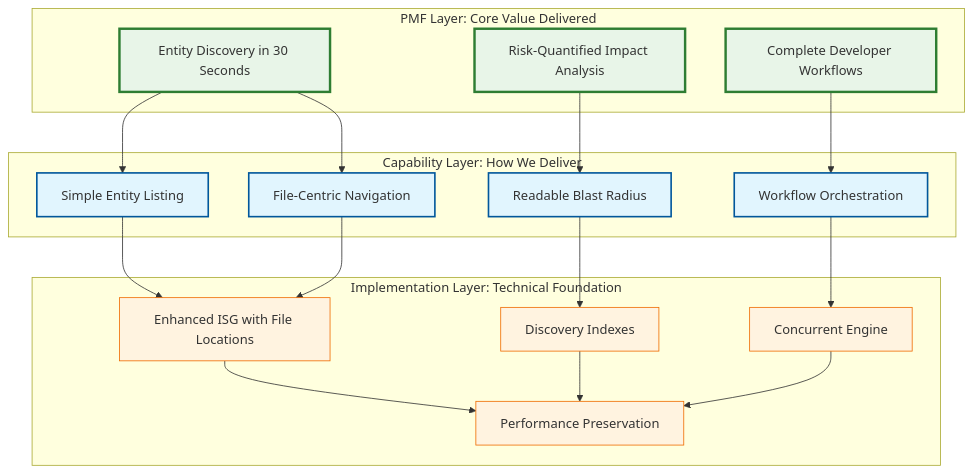
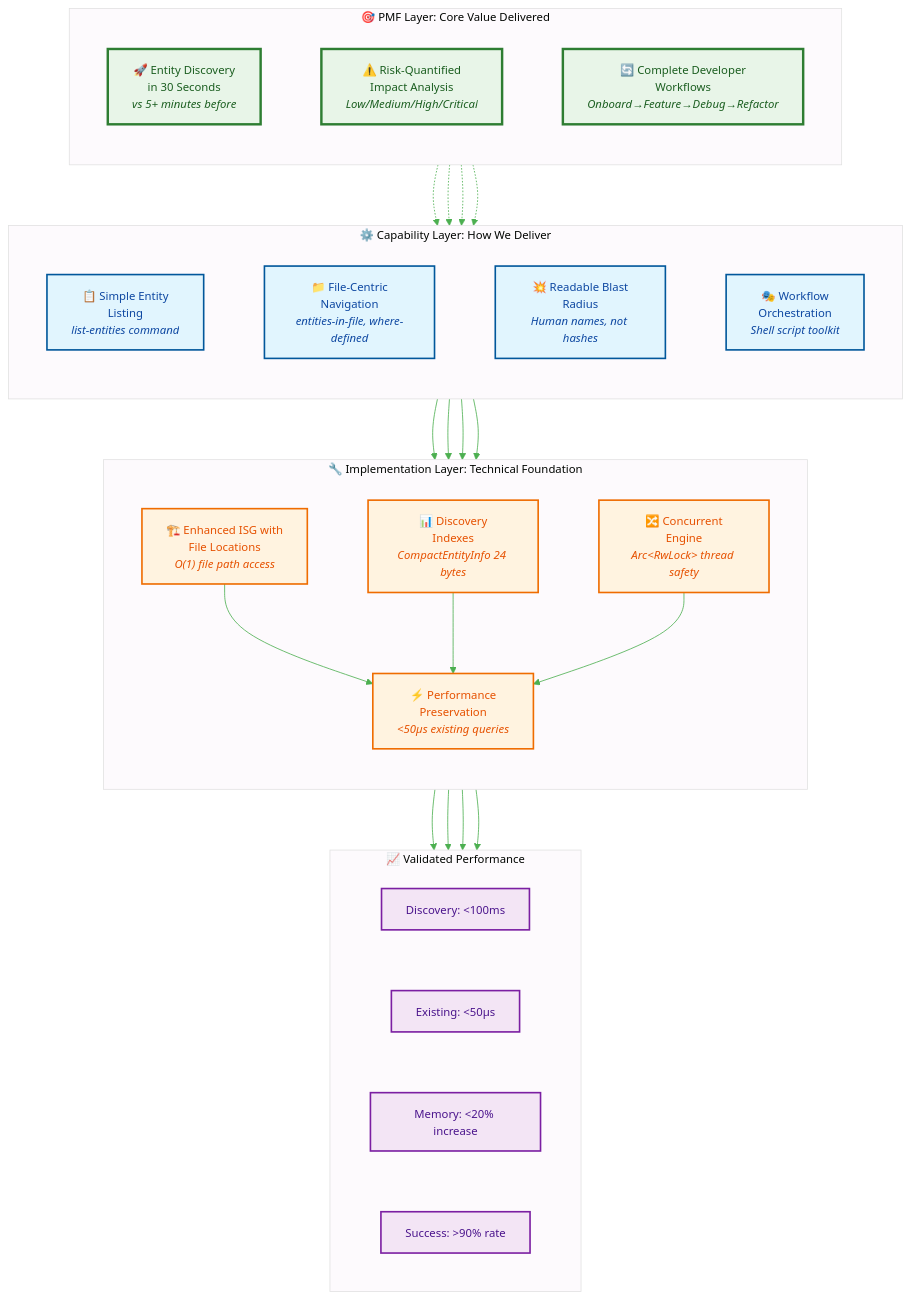
The second of 6 diagrams in README.md (that-in-rust/parseltongue), drawn with Mermaid before and after one commit. The commit also changed other lines of this file and 7 other files, not shown here.

First line of the commit message:
feat: Add comprehensive Mermaid diagrams for amazing documentation

````diff
--- a/README.md
+++ b/README.md
@@ -37,44 +55,71 @@
 ```mermaid
-graph TD
-    subgraph "PMF Layer: Core Value Delivered"
-        A[Entity Discovery in 30 Seconds]
-        B[Risk-Quantified Impact Analysis]
-        C[Complete Developer Workflows]
+%%{init: {'theme':'base', 'themeVariables': {'primaryColor':'#e8f5e8', 'primaryTextColor':'#2e7d32', 'lineColor':'#4caf50', 'fontFamily':'Arial', 'fontSize':'14px'}, 'flowchart': {'nodeSpacing': 75, 'rankSpacing': 75, 'wrappingWidth': 150}}}%%
+flowchart TD
+    %% PMF Layer - What users get
+    subgraph "🎯 PMF Layer: Core Value Delivered"
+        direction TB
+        A["🚀 Entity Discovery<br/>in 30 Seconds<br/><i>vs 5+ minutes before</i>"]
+        B["⚠️ Risk-Quantified<br/>Impact Analysis<br/><i>Low/Medium/High/Critical</i>"]
+        C["🔄 Complete Developer<br/>Workflows<br/><i>Onboard→Feature→Debug→Refactor</i>"]
     end
     
-    subgraph "Capability Layer: How We Deliver"
-        D[Simple Entity Listing]
-        E[File-Centric Navigation]
-        F[Readable Blast Radius]
-        G[Workflow Orchestration]
+    %% Capability Layer - How we deliver
+    subgraph "⚙️ Capability Layer: How We Deliver"
+        direction TB
+        D["📋 Simple Entity<br/>Listing<br/><i>list-entities command</i>"]
+        E["📁 File-Centric<br/>Navigation<br/><i>entities-in-file, where-defined</i>"]
+        F["💥 Readable Blast<br/>Radius<br/><i>Human names, not hashes</i>"]
+        G["🎭 Workflow<br/>Orchestration<br/><i>Shell script toolkit</i>"]
     end
     
-    subgraph "Implementation Layer: Technical Foundation"
-        H[Enhanced ISG with File Locations]
-        I[Discovery Indexes]
-        J[Concurrent Engine]
-        K[Performance Preservation]
+    %% Implementation Layer - Technical foundation
+    subgraph "🔧 Implementation Layer: Technical Foundation"
+        direction TB
+        H["🏗️ Enhanced ISG with<br/>File Locations<br/><i>O(1) file path access</i>"]
+        I["📊 Discovery<br/>Indexes<br/><i>CompactEntityInfo 24 bytes</i>"]
+        J["🔀 Concurrent<br/>Engine<br/><i>Arc&lt;RwLock&gt; thread safety</i>"]
+        K["⚡ Performance<br/>Preservation<br/><i>&lt;50μs existing queries</i>"]
     end
     
-    A --> D
-    A --> E
-    B --> F
-    C --> G
+    %% Value flow connections
+    A -.-> D
+    A -.-> E
+    B -.-> F
+    C -.-> G
     
+    %% Implementation connections
     D --> H
     E --> H
     F --> I
     G --> J
     
+    %% Foundation connections
     H --> K
     I --> K
     J --> K
     
-    classDef pmf fill:#e8f5e8,stroke:#2e7d32,stroke-width:3px
-    classDef capability fill:#e1f5fe,stroke:#01579b,stroke-width:2px
-    classDef implementation fill:#fff3e0,stroke:#ef6c00,stroke-width:1px
+    %% Performance metrics
+    subgraph "📈 Validated Performance"
+        direction LR
+        L["Discovery: <100ms"] 
+        M["Existing: <50μs"]
+        N["Memory: <20% increase"]
+        O["Success: >90% rate"]
+    end
+    
+    K --> L
+    K --> M
+    K --> N
+    K --> O
+    
+    %% Styling with distinct layers
+    classDef pmf fill:#e8f5e8,stroke:#2e7d32,stroke-width:3px,color:#1b5e20
+    classDef capability fill:#e1f5fe,stroke:#01579b,stroke-width:2px,color:#0d47a1
+    classDef implementation fill:#fff3e0,stroke:#ef6c00,stroke-width:2px,color:#e65100
+    classDef performance fill:#f3e5f5,stroke:#7b1fa2,stroke-width:2px,color:#4a148c
     
     class A,B,C pmf
     class D,E,F,G capability
     class H,I,J,K implementation
+    class L,M,N,O performance
 ```
````
